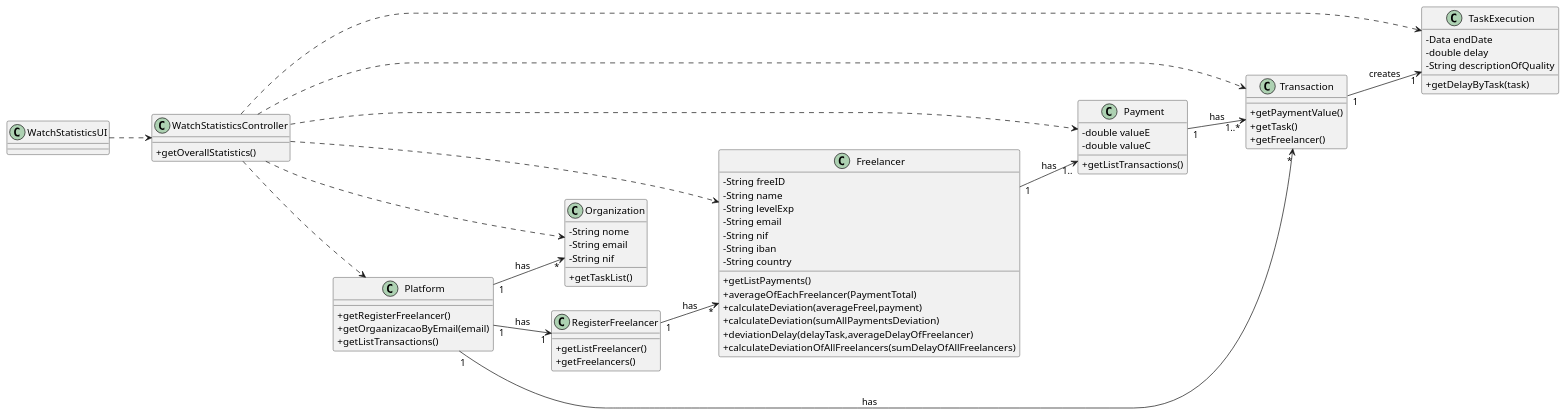
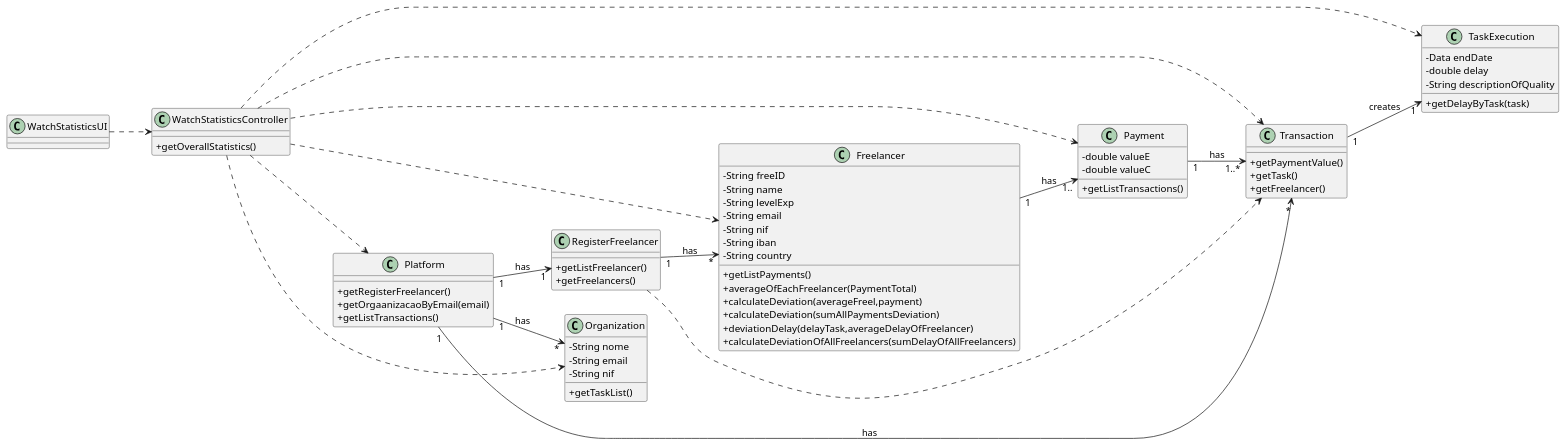
The diagram in docs/UC8 - Check Overall Statistics/UC8_CD.puml (1190452/LAPR2), drawn with PlantUML before and after one commit.

Commit message:
[UC8] - changing puml cd

```diff
--- a/docs/UC8 - Check Overall Statistics/UC8_CD.puml
+++ b/docs/UC8 - Check Overall Statistics/UC8_CD.puml
@@ -1,85 +1,87 @@
 @startuml
 skinparam classAttributeIconSize 0
 left to right direction
 
 class WatchStatisticsUI {
 }
 
 class WatchStatisticsController {
   +getOverallStatistics()
 }
 class Platform {
     +getRegisterFreelancer()
     +getOrgaanizacaoByEmail(email)
     +getListTransactions()
 }
 
 class RegisterFreelancer{
   +getListFreelancer()
   +getFreelancers()
 }
 
 class Payment {
   -double valueE
   -double valueC
   +getListTransactions()
 }
 
 class Freelancer{
   -String freeID
   -String name
   -String levelExp
   -String email
   -String nif
   -String iban
   -String country
   +getListPayments()
   +averageOfEachFreelancer(PaymentTotal)
   +calculateDeviation(averageFreel,payment)
   +calculateDeviation(sumAllPaymentsDeviation)
   +deviationDelay(delayTask,averageDelayOfFreelancer)
   +calculateDeviationOfAllFreelancers(sumDelayOfAllFreelancers)
 }
 
 class TaskExecution {
   -Data endDate
   -double delay
   -String descriptionOfQuality
   +getDelayByTask(task)
 }
 
 class Transaction {
   +getPaymentValue() 
   +getTask()
   +getFreelancer()
 }
 
 class Organization{
   -String nome
   -String email
   -String nif
   +getTaskList()
   }
 
 
 
 WatchStatisticsUI ..> WatchStatisticsController
 WatchStatisticsController ..> Platform
 WatchStatisticsController ..> Payment
 WatchStatisticsController ..> Transaction
 WatchStatisticsController ..> Freelancer
 WatchStatisticsController ..> TaskExecution
 WatchStatisticsController ..> Organization
 
+RegisterFreelancer ..> Transaction
+
 Platform "1" --> "1" RegisterFreelancer: has
 Platform "1" --> "*" Organization: has
 Platform "1" --> "*" Transaction: has
 RegisterFreelancer "1" --> "*" Freelancer: has
 Freelancer "1" --> "1.." Payment: has
 Payment "1" --> "1..*" Transaction: has
 Transaction "1" --> "1" TaskExecution: creates
 
 
 
 
 @enduml
```
